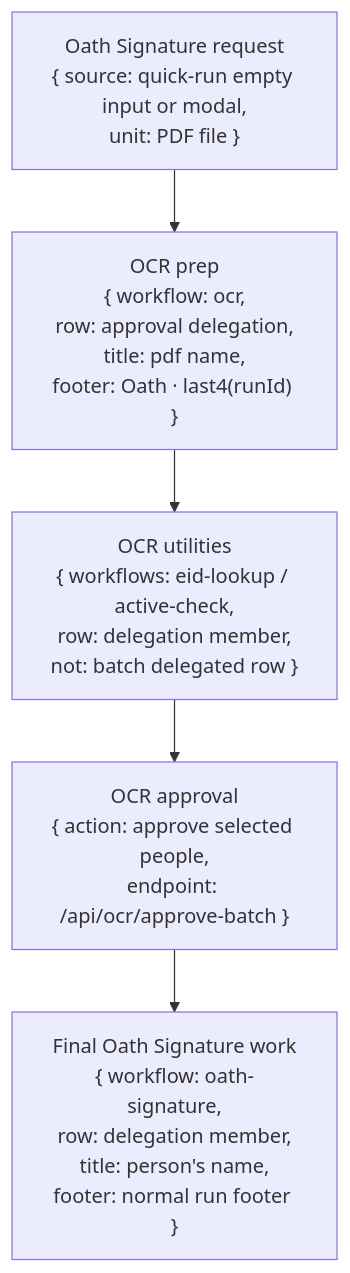
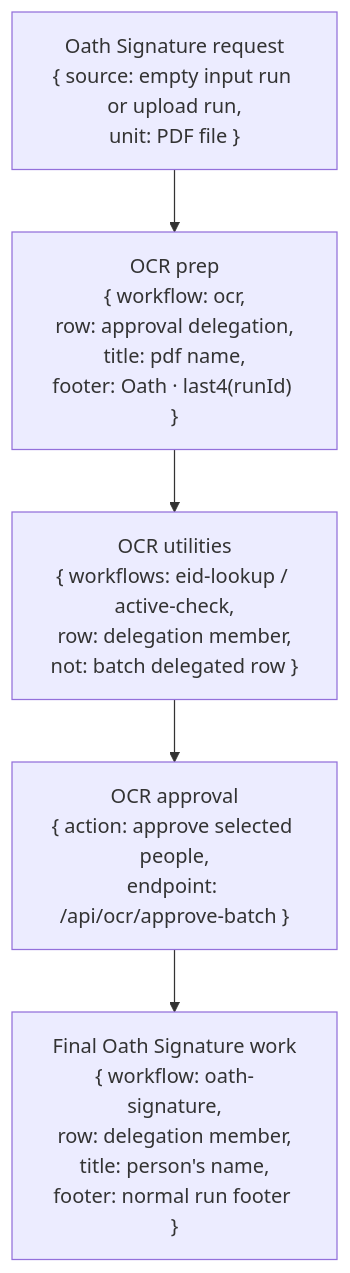
One commit to julianthant/hr-automation changed the second of 6 diagrams in delegation.md. Above: the diagram before and after it, drawn with Mermaid. The commit also changed other lines of this file and 70 other files, not shown here.

First line of the commit message:
wip: input-run dashboard refactor + OCR approval-signal scaffolding

````diff
--- a/delegation.md
+++ b/delegation.md
@@ -123,8 +123,8 @@
 ```mermaid
 flowchart TD
-  A["Oath Signature request<br/>{ source: quick-run empty input or modal,<br/>unit: PDF file }"]
+  A["Oath Signature request<br/>{ source: empty input run or upload run,<br/>unit: PDF file }"]
   A --> B["OCR prep<br/>{ workflow: ocr,<br/>row: approval delegation,<br/>title: pdf name,<br/>footer: Oath · last4(runId) }"]
   B --> C["OCR utilities<br/>{ workflows: eid-lookup / active-check,<br/>row: delegation member,<br/>not: batch delegated row }"]
   C --> D["OCR approval<br/>{ action: approve selected people,<br/>endpoint: /api/ocr/approve-batch }"]
   D --> E["Final Oath Signature work<br/>{ workflow: oath-signature,<br/>row: delegation member,<br/>title: person's name,<br/>footer: normal run footer }"]
 ```
````
